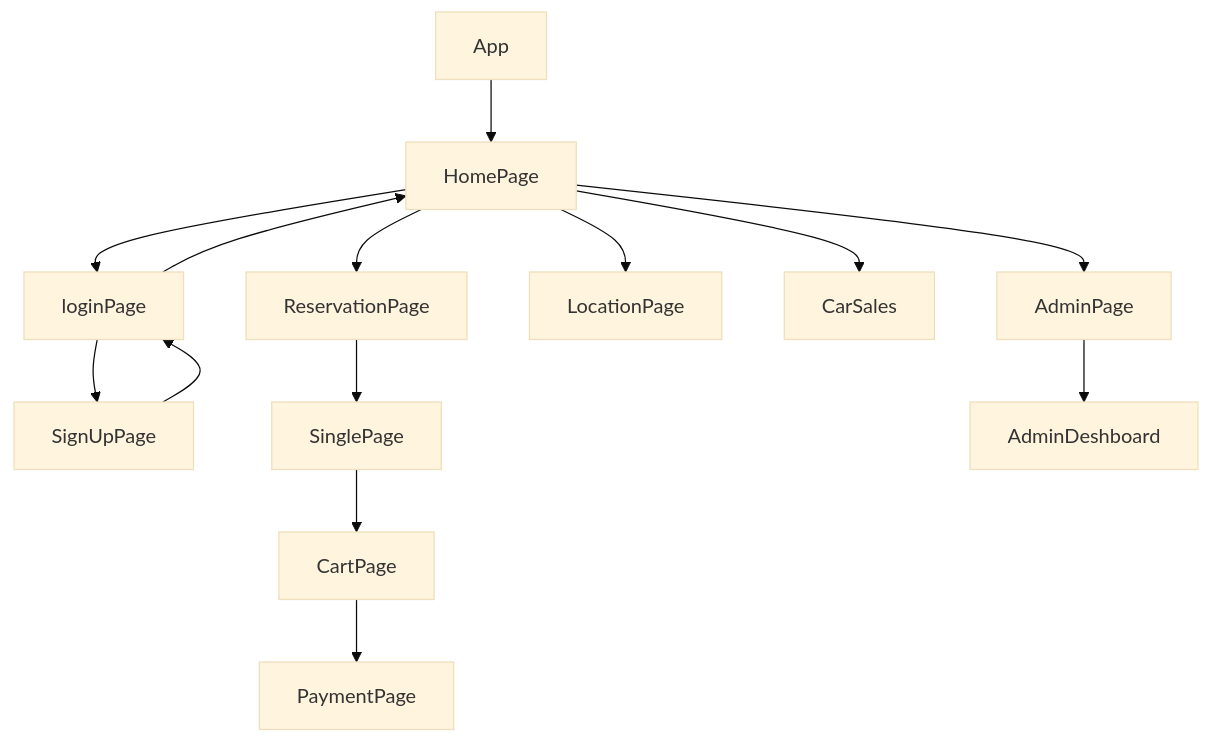
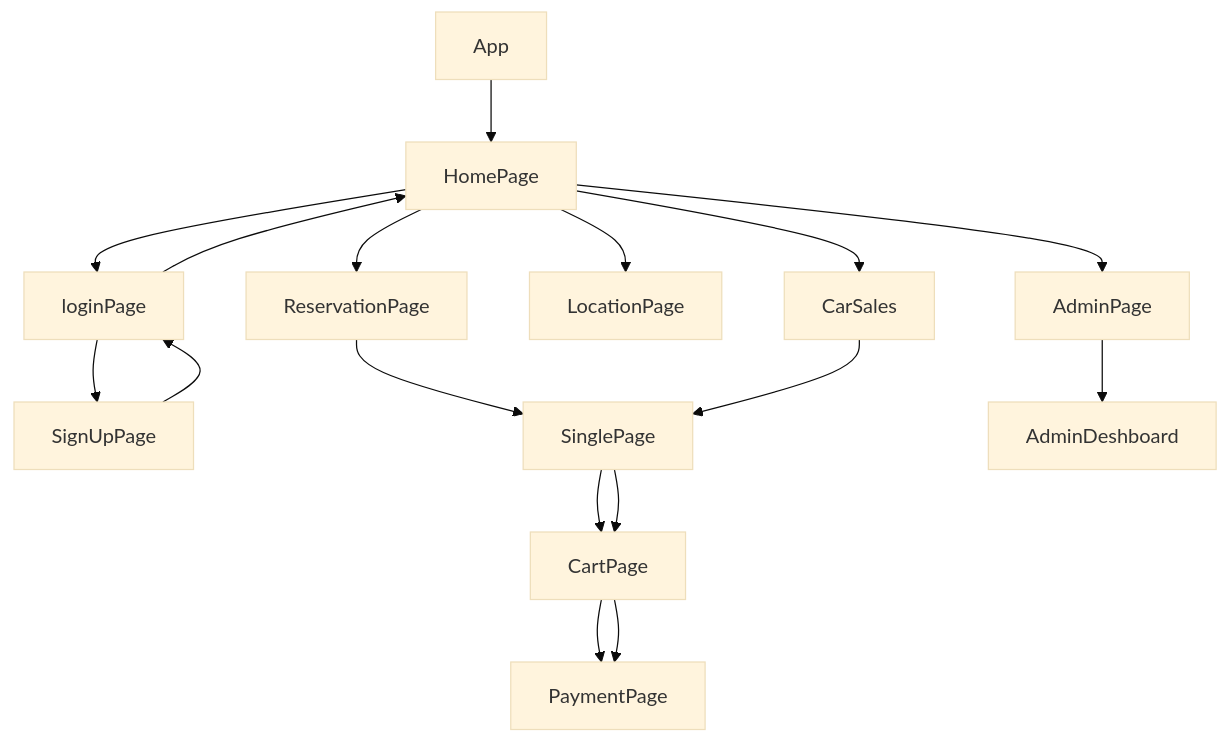
The diagram in README.md (shikhu51197/Avis-Rentals), drawn with Mermaid (base theme) before and after one commit.

````diff
--- a/README.md
+++ b/README.md
@@ -77,16 +77,19 @@
 ```mermaid
 graph TD;
     App-->HomePage
     HomePage-->loginPage;
     loginPage-->SignUpPage;
       SignUpPage-->loginPage;
        loginPage-->HomePage;
        HomePage --> ReservationPage
        ReservationPage-->SinglePage
        SinglePage --> CartPage
        CartPage-->PaymentPage
        HomePage -->LocationPage
        HomePage -->CarSales
+       CarSales-->SinglePage
+       SinglePage --> CartPage
+       CartPage-->PaymentPage
        HomePage --> AdminPage
        AdminPage-->AdminDeshboard
 ```
````
